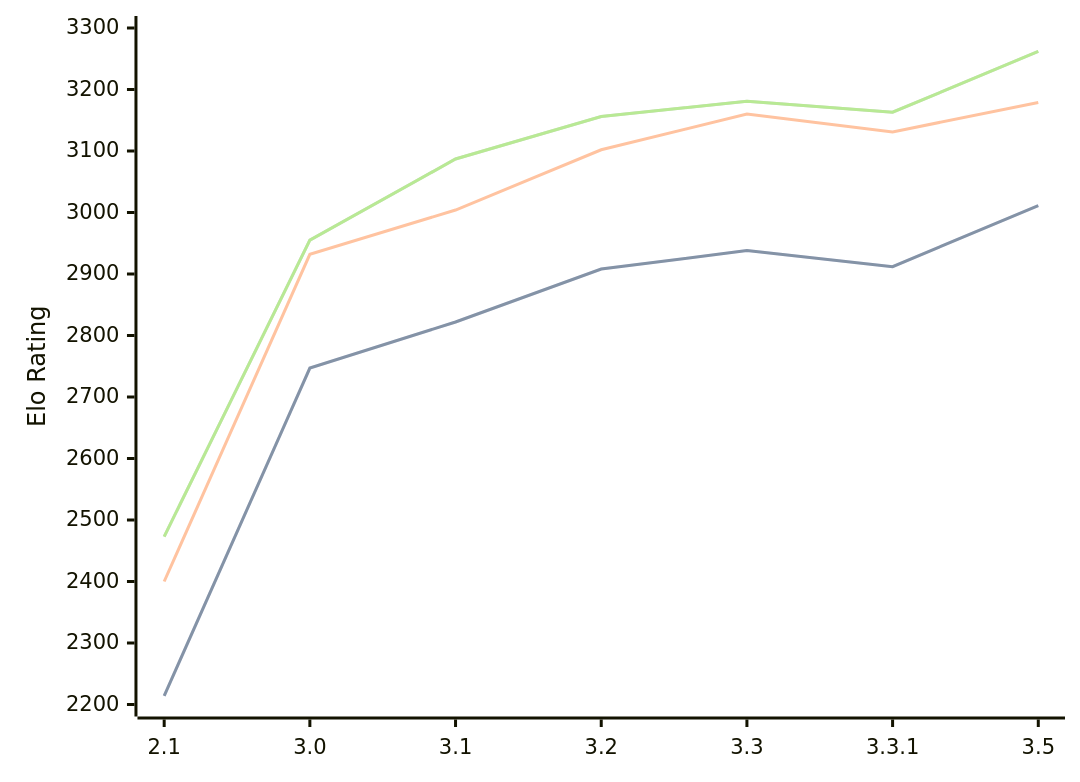
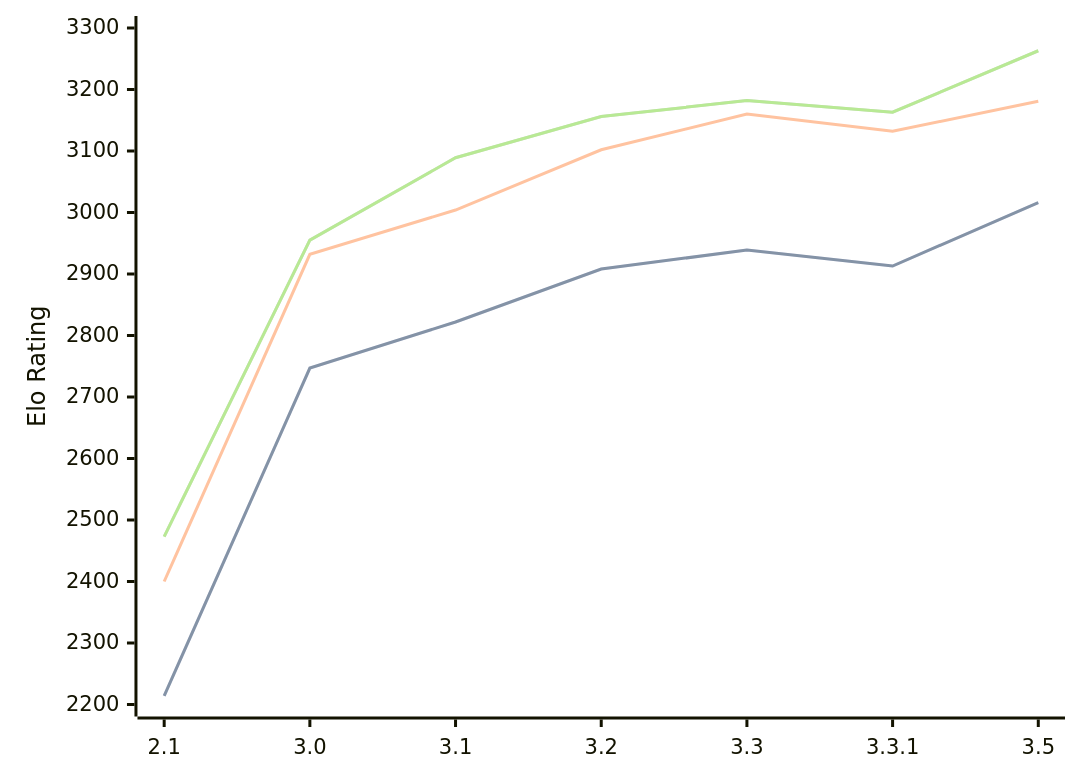
The first of 3 diagrams in engines/Petrel.md (computer-chess-index/cci), drawn with Mermaid before and after one commit. The commit also changed other lines of this file, not shown here.

Commit message:
Update CCI Ratings (ELO VLTC) - 2026-07-12

````diff
--- a/engines/Petrel.md
+++ b/engines/Petrel.md
@@ -46,11 +46,11 @@
 ```mermaid
 %%{init: {"theme":"base","themeVariables":{"seriesColors:['#a3a3a3','#222221','#faa371']}}}%%
 xychart-beta
   x-axis ["2.1", "3.0", "3.1", "3.2", "3.3", "3.3.1", "3.5"]
   y-axis "Elo Rating" 2200 --> 3300
-  line "STC (8.0+0.08s)" [2214, 2747, 2822, 2908, 2938, 2912, 3011]
-  line "STC (8.0+0.08s)" [2214, 2747, 2822, 2908, 2938, 2912, 3011]
-  line "LTC (60.0+0.60s)" [2400, 2932, 3004, 3102, 3160, 3131, 3179]
-  line "VLTC (2m24s+1.12s)" [2473, 2955, 3087, 3156, 3181, 3163, 3262]
-  line "VLTC (2m24s+1.12s)" [2473, 2955, 3087, 3156, 3181, 3163, 3262]
+  line "STC (8.0+0.08s)" [2214, 2747, 2822, 2908, 2939, 2913, 3016]
+  line "STC (8.0+0.08s)" [2214, 2747, 2822, 2908, 2939, 2913, 3016]
+  line "LTC (60.0+0.60s)" [2400, 2932, 3004, 3102, 3160, 3132, 3181]
+  line "VLTC (2m24s+1.12s)" [2473, 2955, 3089, 3156, 3182, 3163, 3263]
+  line "VLTC (2m24s+1.12s)" [2473, 2955, 3089, 3156, 3182, 3163, 3263]
 ```
````
